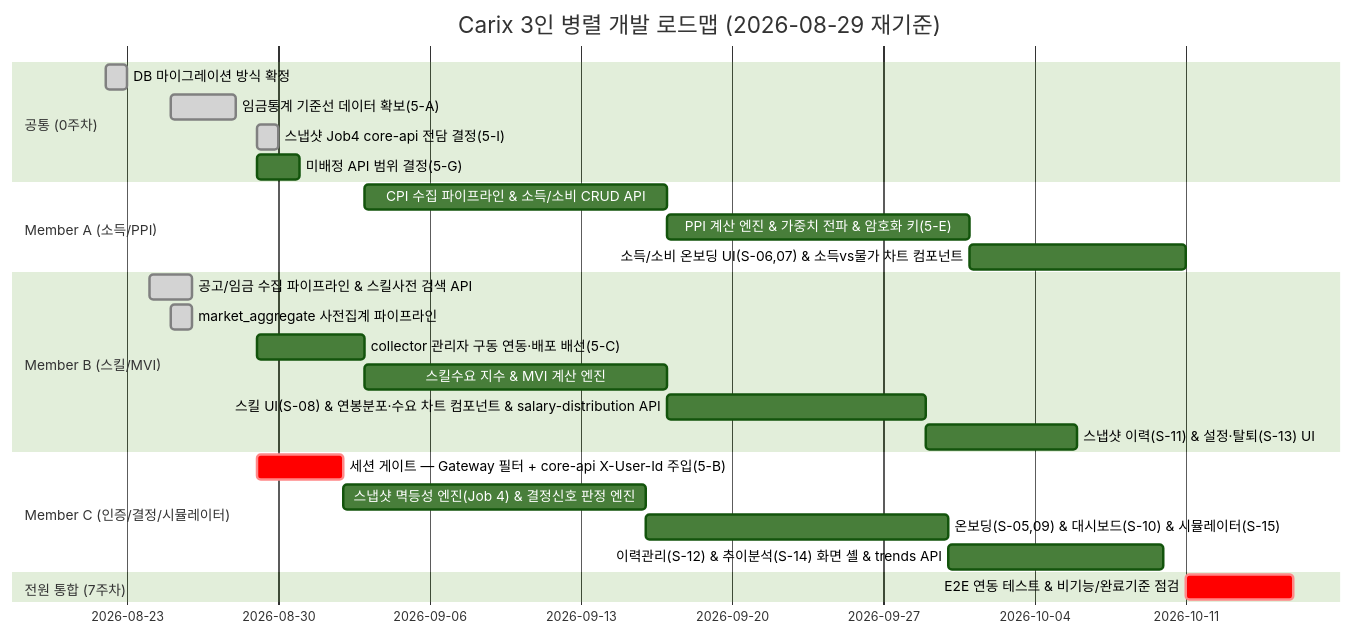
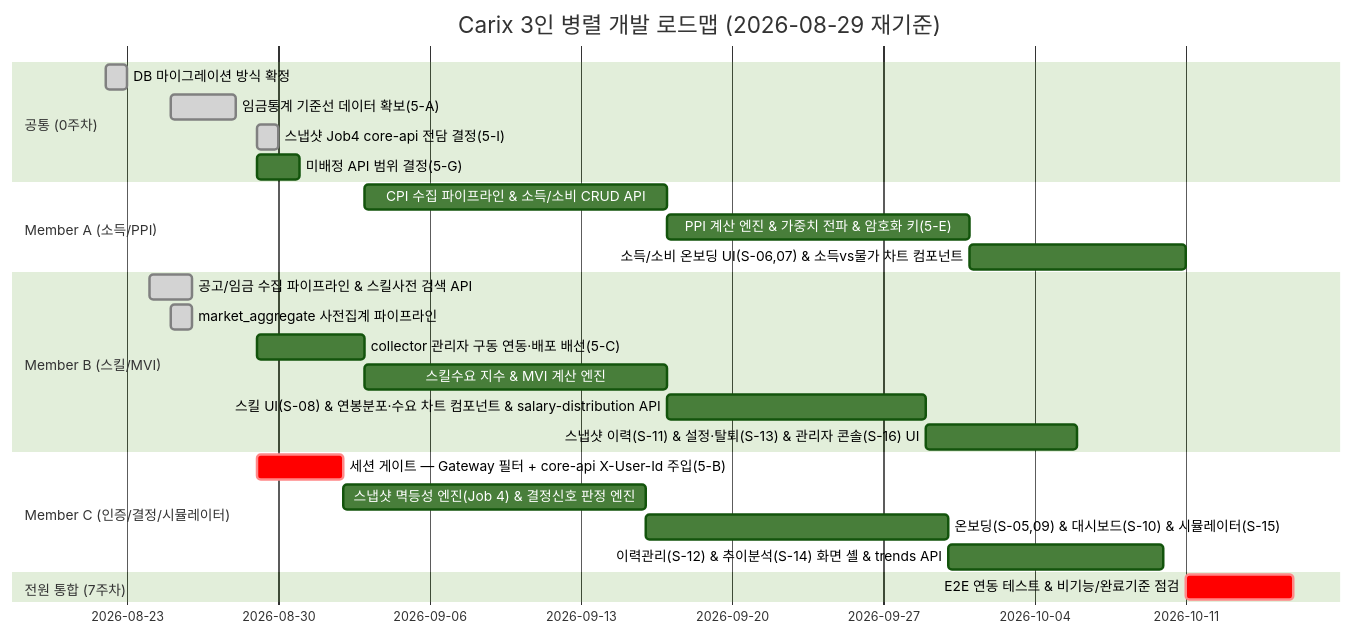
One commit to SeoHyeokGyu/Carix changed the first of 2 diagrams in docs/plans/carix-dev-plan.md. Above: the diagram before and after it, drawn with Mermaid (forest theme). The commit also changed other lines of this file and 4 other files, not shown here.

````diff
--- a/docs/plans/carix-dev-plan.md
+++ b/docs/plans/carix-dev-plan.md
@@ -115,28 +115,28 @@
 ```mermaid
 gantt
     title Carix 3인 병렬 개발 로드맵 (2026-08-29 재기준)
     dateFormat  YYYY-MM-DD
     section 공통 (0주차)
     DB 마이그레이션 방식 확정 :done, c0a, 2026-08-22, 1d
     임금통계 기준선 데이터 확보(5-A) :done, a0, 2026-08-25, 3d
     스냅샷 Job4 core-api 전담 결정(5-I) :done, i0, 2026-08-29, 1d
     미배정 API 범위 결정(5-G) :c0, 2026-08-29, 2d
     section Member A (소득/PPI)
     CPI 수집 파이프라인 & 소득/소비 CRUD API :a1, after b0, 14d
     PPI 계산 엔진 & 가중치 전파 & 암호화 키(5-E) :a2, after a1, 14d
     소득/소비 온보딩 UI(S-06,07) & 소득vs물가 차트 컴포넌트 :a3, after a2, 10d
     section Member B (스킬/MVI)
     공고/임금 수집 파이프라인 & 스킬사전 검색 API :done, b1, 2026-08-24, 2d
     market_aggregate 사전집계 파이프라인 :done, b2a, 2026-08-25, 1d
     collector 관리자 구동 연동·배포 배선(5-C) :b0, 2026-08-29, 5d
     스킬수요 지수 & MVI 계산 엔진 :b2, after b0, 14d
     스킬 UI(S-08) & 연봉분포·수요 차트 컴포넌트 & salary-distribution API :b3, after b2, 12d
-    스냅샷 이력(S-11) & 설정·탈퇴(S-13) UI :b4, after b3, 7d
+    스냅샷 이력(S-11) & 설정·탈퇴(S-13) & 관리자 콘솔(S-16) UI :b4, after b3, 7d
     section Member C (인증/결정/시뮬레이터)
     세션 게이트 — Gateway 필터 + core-api X-User-Id 주입(5-B) :crit, c0b, 2026-08-29, 4d
     스냅샷 멱등성 엔진(Job 4) & 결정신호 판정 엔진 :c2, after c0b, 14d
     온보딩(S-05,09) & 대시보드(S-10) & 시뮬레이터(S-15) :c3, after c2, 14d
     이력관리(S-12) & 추이분석(S-14) 화면 셸 & trends API :c4, after c3, 10d
     section 전원 통합 (7주차)
     E2E 연동 테스트 & 비기능/완료기준 점검 :crit, e2e, after a3 b4 c4, 5d
 ```
````
